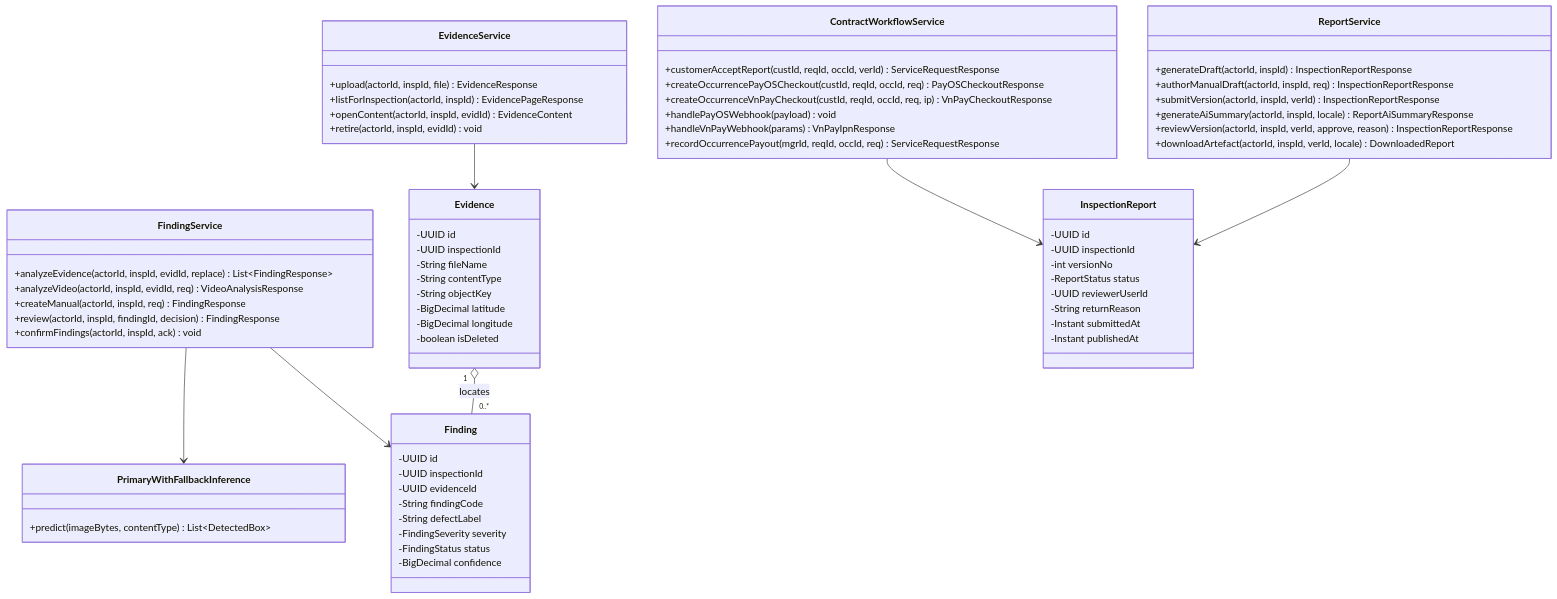
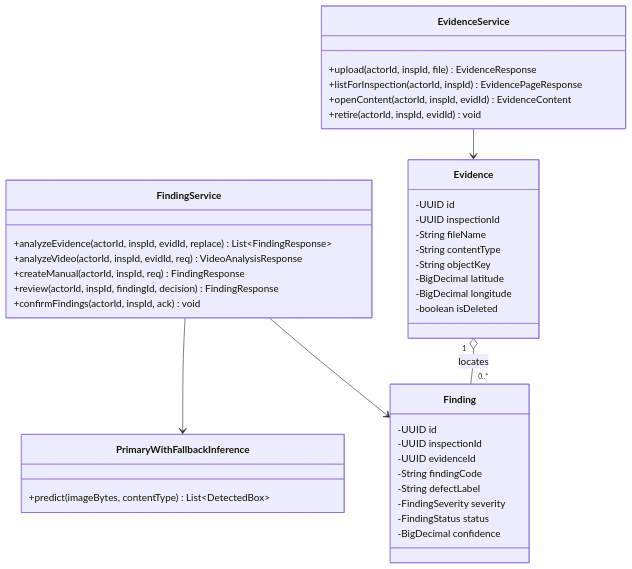
Before and after one commit to tungbach12/SmartDroneInspection-Docs: diagram 16 of 21 in reports/report-4-software-design-document/03-detailed-design.md, drawn with Mermaid. The commit also changed other lines of this file and 375 other files, not shown here.

````diff
--- a/reports/report-4-software-design-document/03-detailed-design.md
+++ b/reports/report-4-software-design-document/03-detailed-design.md
@@ -827,72 +844,44 @@
 ```mermaid
-%% title: FE-06 Evidence, AI Defect Detection, Inspection Report and Payment Class Diagram
+%% title: FE-06 Evidence Intake and Human-Reviewed Defect Detection Class Diagram
 classDiagram
   class EvidenceService {
     +upload(actorId, inspId, file) EvidenceResponse
     +listForInspection(actorId, inspId) EvidencePageResponse
     +openContent(actorId, inspId, evidId) EvidenceContent
     +retire(actorId, inspId, evidId) void
   }
   class FindingService {
     +analyzeEvidence(actorId, inspId, evidId, replace) List~FindingResponse~
     +analyzeVideo(actorId, inspId, evidId, req) VideoAnalysisResponse
     +createManual(actorId, inspId, req) FindingResponse
     +review(actorId, inspId, findingId, decision) FindingResponse
     +confirmFindings(actorId, inspId, ack) void
   }
   class PrimaryWithFallbackInference {
     +predict(imageBytes, contentType) List~DetectedBox~
-  }
-  class ReportService {
-    +generateDraft(actorId, inspId) InspectionReportResponse
-    +authorManualDraft(actorId, inspId, req) InspectionReportResponse
-    +submitVersion(actorId, inspId, verId) InspectionReportResponse
-    +generateAiSummary(actorId, inspId, locale) ReportAiSummaryResponse
-    +reviewVersion(actorId, inspId, verId, approve, reason) InspectionReportResponse
-    +downloadArtefact(actorId, inspId, verId, locale) DownloadedReport
-  }
-  class ContractWorkflowService {
-    +customerAcceptReport(custId, reqId, occId, verId) ServiceRequestResponse
-    +createOccurrencePayOSCheckout(custId, reqId, occId, req) PayOSCheckoutResponse
-    +createOccurrenceVnPayCheckout(custId, reqId, occId, req, ip) VnPayCheckoutResponse
-    +handlePayOSWebhook(payload) void
-    +handleVnPayWebhook(params) VnPayIpnResponse
-    +recordOccurrencePayout(mgrId, reqId, occId, req) ServiceRequestResponse
   }
   class Evidence {
     -UUID id
     -UUID inspectionId
     -String fileName
     -String contentType
     -String objectKey
     -BigDecimal latitude
     -BigDecimal longitude
     -boolean isDeleted
   }
   class Finding {
     -UUID id
     -UUID inspectionId
     -UUID evidenceId
     -String findingCode
     -String defectLabel
     -FindingSeverity severity
     -FindingStatus status
     -BigDecimal confidence
   }
-  class InspectionReport {
-    -UUID id
-    -UUID inspectionId
-    -int versionNo
-    -ReportStatus status
-    -UUID reviewerUserId
-    -String returnReason
-    -Instant submittedAt
-    -Instant publishedAt
-  }
   EvidenceService --> Evidence
   FindingService --> Finding
   FindingService --> PrimaryWithFallbackInference
-  ReportService --> InspectionReport
-  ContractWorkflowService --> InspectionReport
   Evidence "1" o-- "0..*" Finding : locates
 ```
````
